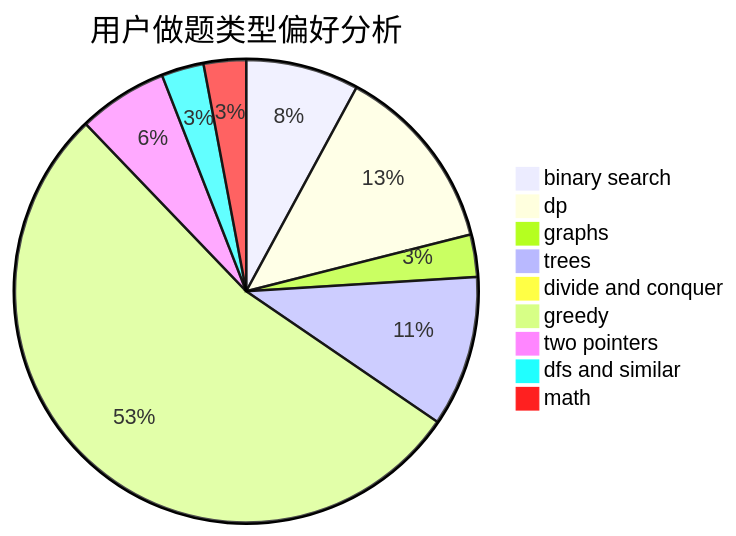
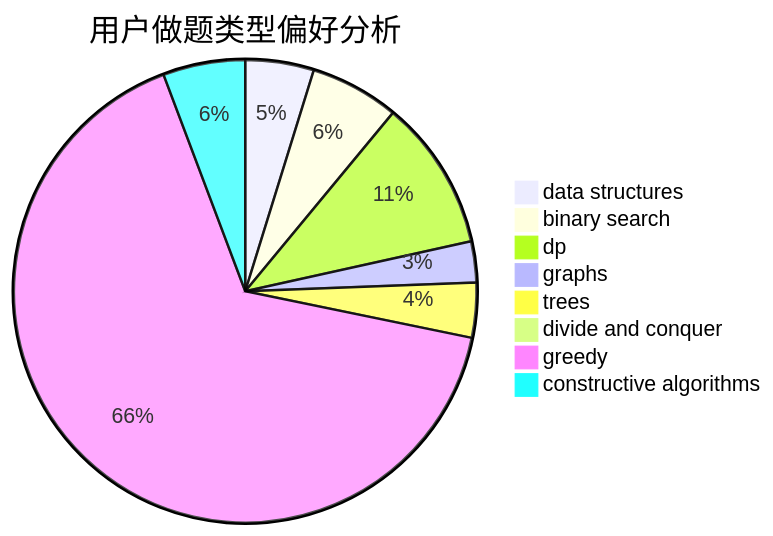
The second of 3 diagrams in docs/user/u722.md (sherpahu/cfrs.github.io), drawn with Mermaid before and after one commit. The commit also changed other lines of this file and 2775 other files, not shown here.

````diff
--- a/docs/user/u722.md
+++ b/docs/user/u722.md
@@ -23,12 +23,11 @@
 ```mermaid
 pie title 用户做题类型偏好分析
-    "binary search" :  24
-    "dp" :  40
-    "graphs" :  9
-    "trees" :  32
+    "data structures" :  10
+    "binary search" :  13
+    "dp" :  22
+    "graphs" :  6
+    "trees" :  8
     "divide and conquer" :  0
-    "greedy" :  162
-    "two pointers" :  19
-    "dfs and similar" :  9
-    "math" :  9
+    "greedy" :  138
+    "constructive algorithms" :  12
 ```
````
